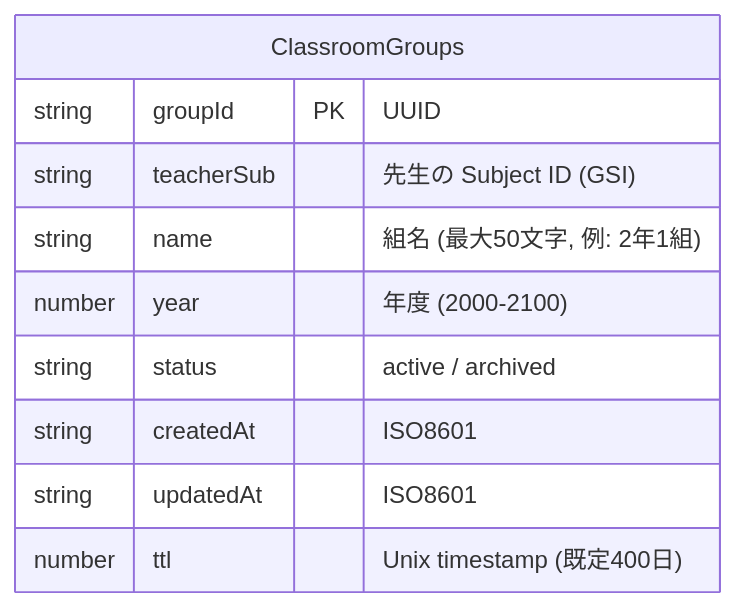
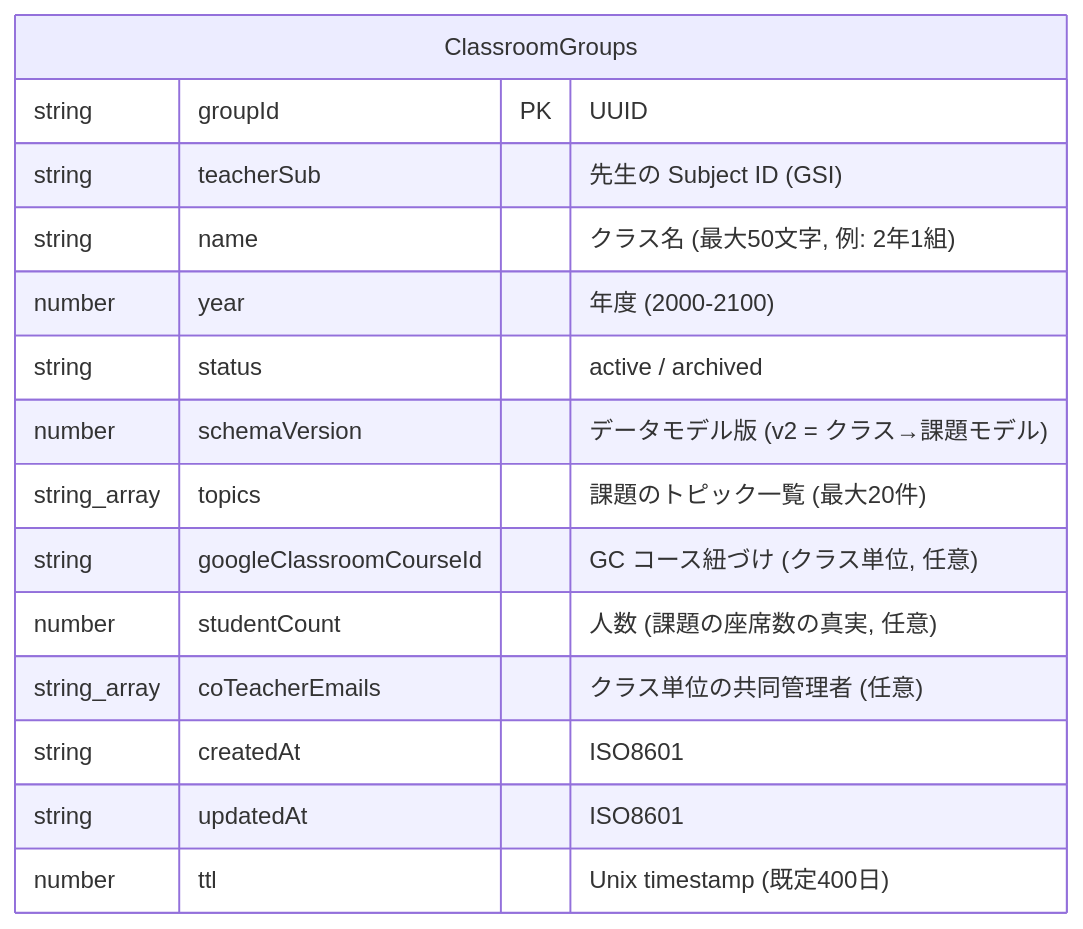
Before and after one commit to smalruby/smalruby3-editor: the seventh of 7 diagrams in docs/classroom/architecture.md, drawn with Mermaid. The commit also changed other lines of this file and 2 other files, not shown here.

First line of the commit message:
fix(classroom): 課題詳細レスポンスに topic/sortDate を含め docs を v2 に更新

````diff
--- a/docs/classroom/architecture.md
+++ b/docs/classroom/architecture.md
@@ -313,13 +315,18 @@
 ```mermaid
 erDiagram
     ClassroomGroups {
         string groupId PK "UUID"
         string teacherSub "先生の Subject ID (GSI)"
-        string name "組名 (最大50文字, 例: 2年1組)"
+        string name "クラス名 (最大50文字, 例: 2年1組)"
         number year "年度 (2000-2100)"
         string status "active / archived"
+        number schemaVersion "データモデル版 (v2 = クラス→課題モデル)"
+        string_array topics "課題のトピック一覧 (最大20件)"
+        string googleClassroomCourseId "GC コース紐づけ (クラス単位, 任意)"
+        number studentCount "人数 (課題の座席数の真実, 任意)"
+        string_array coTeacherEmails "クラス単位の共同管理者 (任意)"
         string createdAt "ISO8601"
         string updatedAt "ISO8601"
         number ttl "Unix timestamp (既定400日)"
     }
 ```
````
